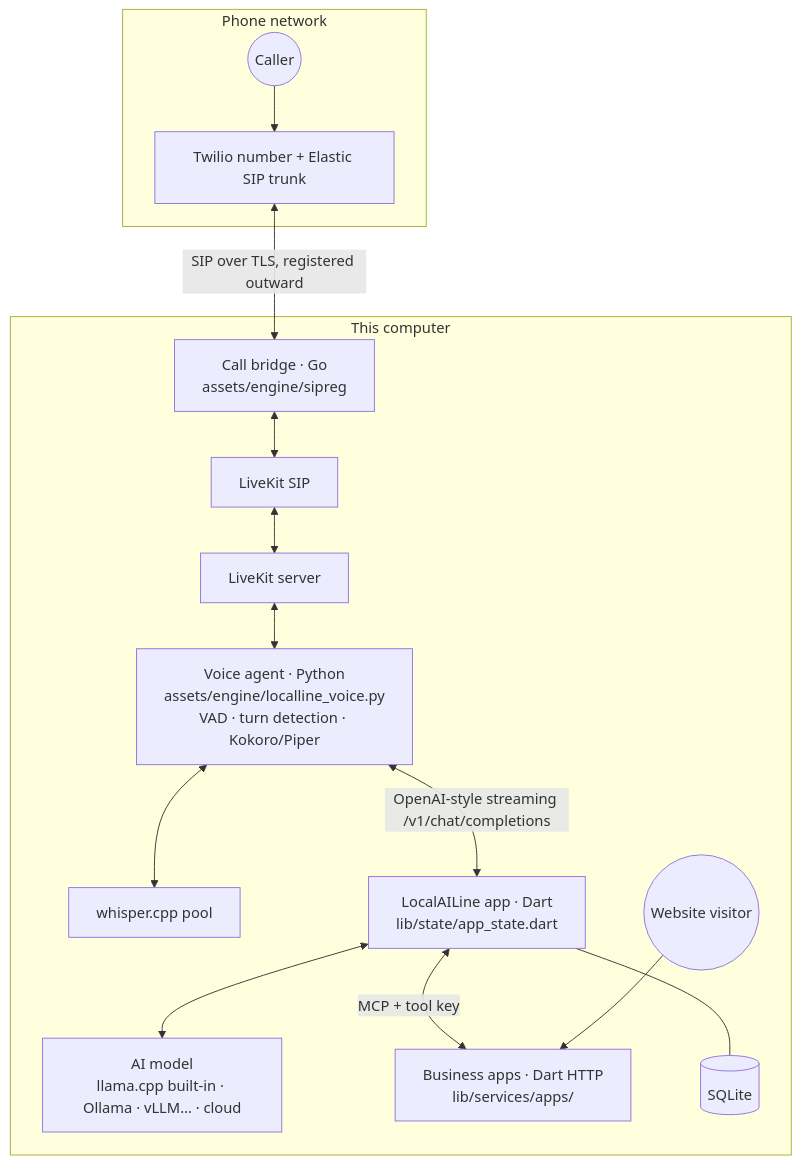
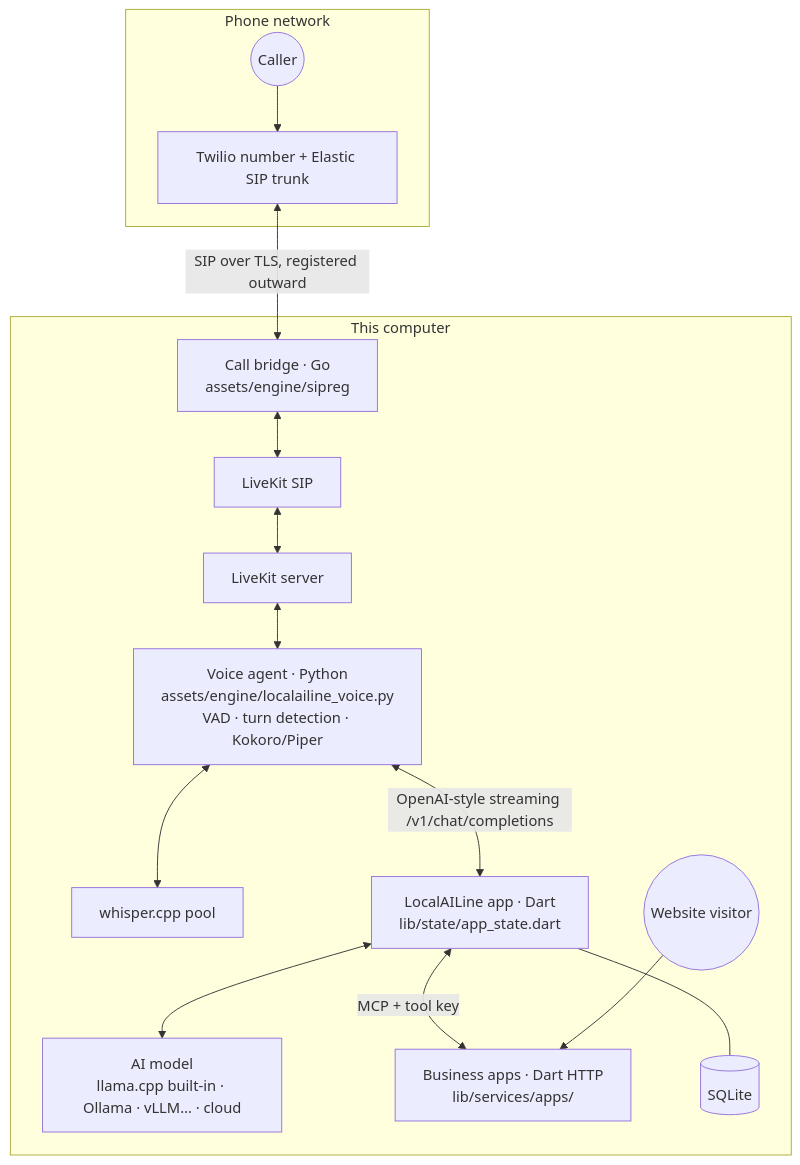
The diagram in docs/ARCHITECTURE.md (keyhan-azarjoo/local-ai-call-agents), drawn with Mermaid before and after one commit. The commit also changed other lines of this file and 8 other files, not shown here.

First line of the commit message:
Voice engine packages pinned and installed from requirements.txt

````diff
--- a/docs/ARCHITECTURE.md
+++ b/docs/ARCHITECTURE.md
@@ -5,17 +5,17 @@
 ```mermaid
 flowchart TB
   subgraph phone [Phone network]
     caller((Caller)) --> twilio[Twilio number + Elastic SIP trunk]
   end
   twilio <-->|SIP over TLS, registered outward| bridge[Call bridge · Go<br/>assets/engine/sipreg]
   subgraph mac [This computer]
     bridge <--> lksip[LiveKit SIP] <--> lk[LiveKit server]
-    lk <--> agent[Voice agent · Python<br/>assets/engine/localline_voice.py<br/>VAD · turn detection · Kokoro/Piper]
+    lk <--> agent[Voice agent · Python<br/>assets/engine/localailine_voice.py<br/>VAD · turn detection · Kokoro/Piper]
     agent <--> whisper[whisper.cpp pool]
     agent <-->|OpenAI-style streaming /v1/chat/completions| host[LocalAILine app · Dart<br/>lib/state/app_state.dart]
     host <--> llm[AI model<br/>llama.cpp built-in · Ollama · vLLM… · cloud]
     host <-->|MCP + tool key| apps[Business apps · Dart HTTP<br/>lib/services/apps/]
     host --- db[(SQLite)]
     visitor((Website visitor)) --> apps
   end
 ```
````
